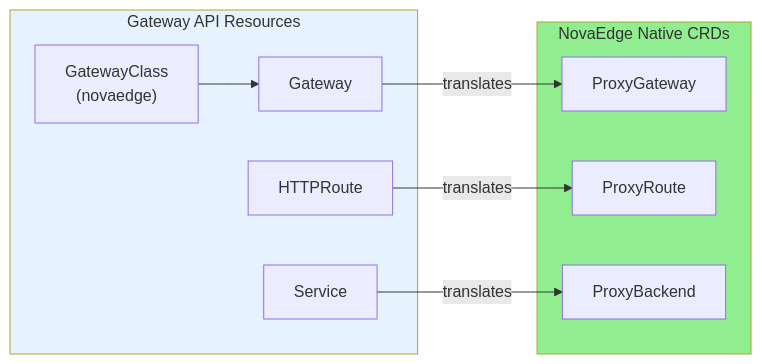
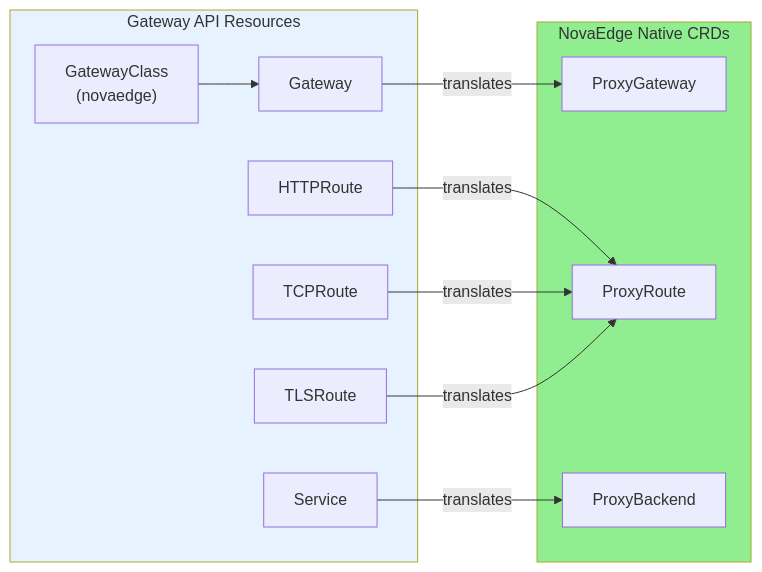
Before and after one commit to azrtydxb/novaedge: the first of 4 diagrams in docs/advanced/gateway-api.md, drawn with Mermaid. The commit also changed other lines of this file and 33 other files, not shown here.

First line of the commit message:
[Feature] Layer 4 TCP/UDP proxying, TLS passthrough, TCPRoute/TLSRoute (#65, #74, #86) (#115)

````diff
--- a/docs/advanced/gateway-api.md
+++ b/docs/advanced/gateway-api.md
@@ -9,23 +9,27 @@
 ```mermaid
 flowchart LR
     subgraph GatewayAPI["Gateway API Resources"]
         GC["GatewayClass<br/>(novaedge)"]
         GW["Gateway"]
         HR["HTTPRoute"]
+        TR["TCPRoute"]
+        TLR["TLSRoute"]
         SVC["Service"]
     end
 
     subgraph NovaEdge["NovaEdge Native CRDs"]
         PGW["ProxyGateway"]
         PRT["ProxyRoute"]
         PBE["ProxyBackend"]
     end
 
     GC --> GW
     GW -->|"translates"| PGW
     HR -->|"translates"| PRT
+    TR -->|"translates"| PRT
+    TLR -->|"translates"| PRT
     SVC -->|"translates"| PBE
 
     style GatewayAPI fill:#e6f3ff
     style NovaEdge fill:#90EE90
 ```
````
